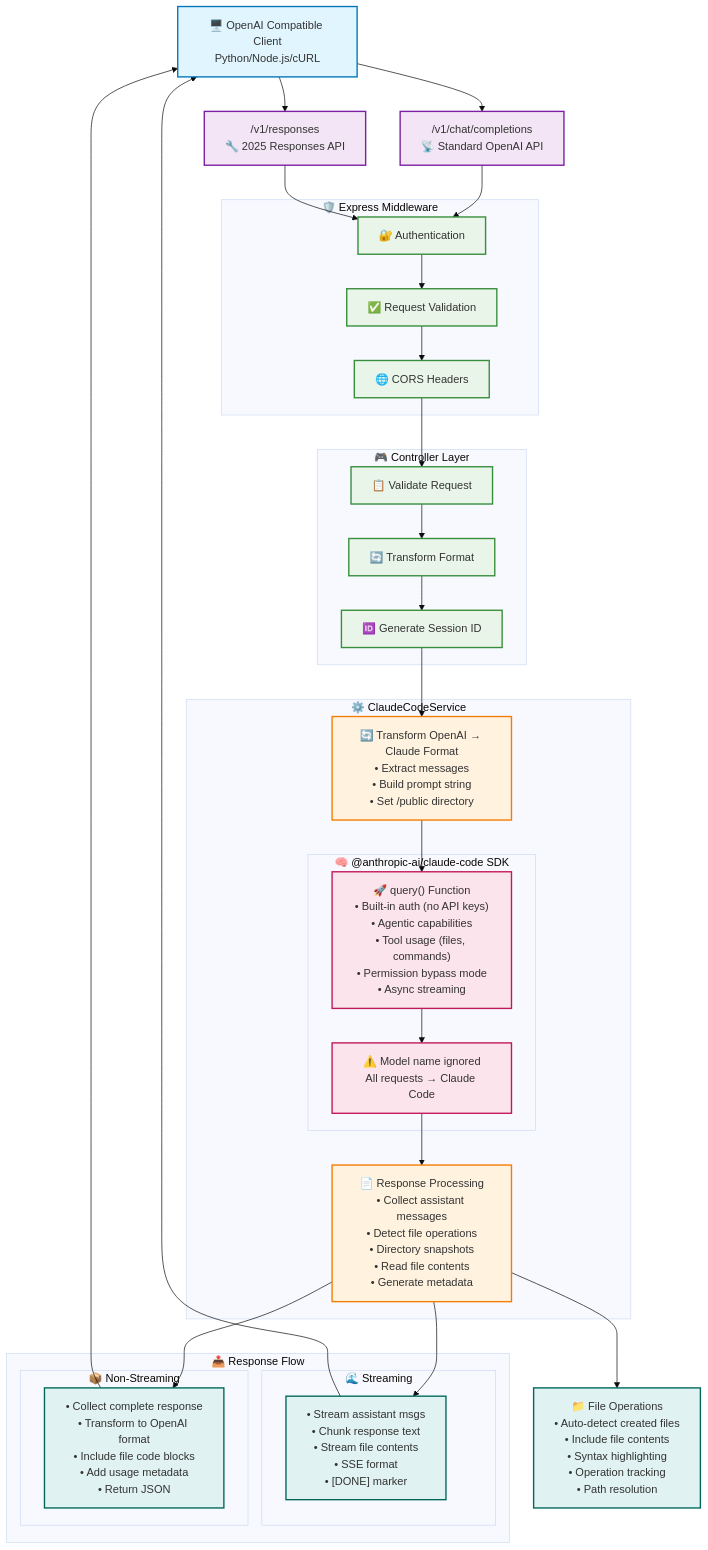
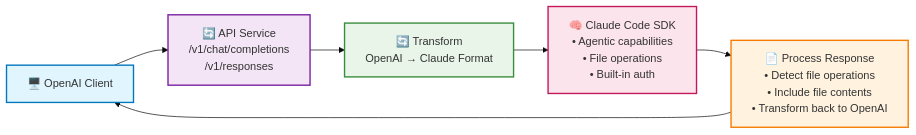
One commit to vaderyang/claudecode-api changed the diagram in README.md. Above: the diagram before and after it, drawn with Mermaid (base theme). The commit also changed other lines of this file, not shown here.

Commit message:
docs: Simplify flow diagrams with progressive disclosure approach
- Added simple one-line ASCII overview for quick understanding
- Simplified Mermaid diagram to 5 core components (from 15+ nodes)
- Changed to horizontal flow (LR) for better mobile readability
- Focused on essential elements: Client → API → Transform → Claude SDK → Response
- Maintained detailed ASCII diagram in collapsible section for technical deep-dive
- Improved visual hierarchy: elevator pitch → overview → details
- Enhanced user experience with progressive disclosure pattern
- Reduced cognitive load while preserving technical accuracy

````diff
--- a/README.md
+++ b/README.md
@@ -13,90 +18,21 @@
 ```mermaid
-flowchart TB
-    %% Client Layer
-    Client["🖥️ OpenAI Compatible Client<br/>Python/Node.js/cURL"]
-    
-    %% API Endpoints
-    ChatEndpoint["/v1/chat/completions<br/>📡 Standard OpenAI API"]
-    ResponseEndpoint["/v1/responses<br/>🔧 2025 Responses API"]
-    
-    %% Middleware Layer
-    subgraph Middleware ["🛡️ Express Middleware"]
-        Auth["🔐 Authentication"]
-        Validation["✅ Request Validation"]
-        CORS["🌐 CORS Headers"]
-    end
-    
-    %% Controller Layer
-    subgraph Controller ["🎮 Controller Layer"]
-        ValidateReq["📋 Validate Request"]
-        TransformFormat["🔄 Transform Format"]
-        SessionGen["🆔 Generate Session ID"]
-    end
-    
-    %% Service Layer
-    subgraph ClaudeService ["⚙️ ClaudeCodeService"]
-        Transform["🔄 Transform OpenAI → Claude Format<br/>• Extract messages<br/>• Build prompt string<br/>• Set /public directory"]
-        
-        subgraph ClaudeSDK ["🧠 @anthropic-ai/claude-code SDK"]
-            QueryFunc["🚀 query() Function<br/>• Built-in auth (no API keys)<br/>• Agentic capabilities<br/>• Tool usage (files, commands)<br/>• Permission bypass mode<br/>• Async streaming"]
-            ModelNote["⚠️ Model name ignored<br/>All requests → Claude Code"]
-        end
-        
-        ResponseProc["📄 Response Processing<br/>• Collect assistant messages<br/>• Detect file operations<br/>• Directory snapshots<br/>• Read file contents<br/>• Generate metadata"]
-    end
-    
-    %% Response Flow
-    subgraph ResponseFlow ["📤 Response Flow"]
-        subgraph Streaming ["🌊 Streaming"]
-            StreamMsg["• Stream assistant msgs<br/>• Chunk response text<br/>• Stream file contents<br/>• SSE format<br/>• [DONE] marker"]
-        end
-        
-        subgraph NonStreaming ["📦 Non-Streaming"]
-            CompleteResp["• Collect complete response<br/>• Transform to OpenAI format<br/>• Include file code blocks<br/>• Add usage metadata<br/>• Return JSON"]
-        end
-    end
-    
-    %% File Operations
-    FileOps["📁 File Operations<br/>• Auto-detect created files<br/>• Include file contents<br/>• Syntax highlighting<br/>• Operation tracking<br/>• Path resolution"]
-    
-    %% Flow connections
-    Client --> ChatEndpoint
-    Client --> ResponseEndpoint
-    
-    ChatEndpoint --> Auth
-    ResponseEndpoint --> Auth
-    
-    Auth --> Validation
-    Validation --> CORS
-    CORS --> ValidateReq
-    
-    ValidateReq --> TransformFormat
-    TransformFormat --> SessionGen
-    SessionGen --> Transform
-    
-    Transform --> QueryFunc
-    QueryFunc --> ModelNote
-    ModelNote --> ResponseProc
-    
-    ResponseProc --> StreamMsg
-    ResponseProc --> CompleteResp
-    ResponseProc --> FileOps
-    
-    StreamMsg --> Client
-    CompleteResp --> Client
+flowchart LR
+    Client["🖥️ OpenAI Client"] --> API["🔄 API Service<br/>/v1/chat/completions<br/>/v1/responses"]
+    API --> Transform["🔄 Transform<br/>OpenAI → Claude Format"]
+    Transform --> Claude["🧠 Claude Code SDK<br/>• Agentic capabilities<br/>• File operations<br/>• Built-in auth"]
+    Claude --> Process["📄 Process Response<br/>• Detect file operations<br/>• Include file contents<br/>• Transform back to OpenAI"]
+    Process --> Client
     
     %% Styling
     classDef clientStyle fill:#e1f5fe,stroke:#0277bd,stroke-width:2px
-    classDef endpointStyle fill:#f3e5f5,stroke:#7b1fa2,stroke-width:2px
-    classDef middlewareStyle fill:#e8f5e8,stroke:#388e3c,stroke-width:2px
-    classDef serviceStyle fill:#fff3e0,stroke:#f57c00,stroke-width:2px
+    classDef apiStyle fill:#f3e5f5,stroke:#7b1fa2,stroke-width:2px
+    classDef transformStyle fill:#e8f5e8,stroke:#388e3c,stroke-width:2px
     classDef claudeStyle fill:#fce4ec,stroke:#c2185b,stroke-width:2px
-    classDef responseStyle fill:#e0f2f1,stroke:#00695c,stroke-width:2px
+    classDef processStyle fill:#fff3e0,stroke:#f57c00,stroke-width:2px
     
     class Client clientStyle
-    class ChatEndpoint,ResponseEndpoint endpointStyle
-    class Auth,Validation,CORS,ValidateReq,TransformFormat,SessionGen middlewareStyle
-    class Transform,ResponseProc serviceStyle
-    class QueryFunc,ModelNote claudeStyle
-    class StreamMsg,CompleteResp,FileOps responseStyle
+    class API apiStyle
+    class Transform transformStyle
+    class Claude claudeStyle
+    class Process processStyle
 ```
````
